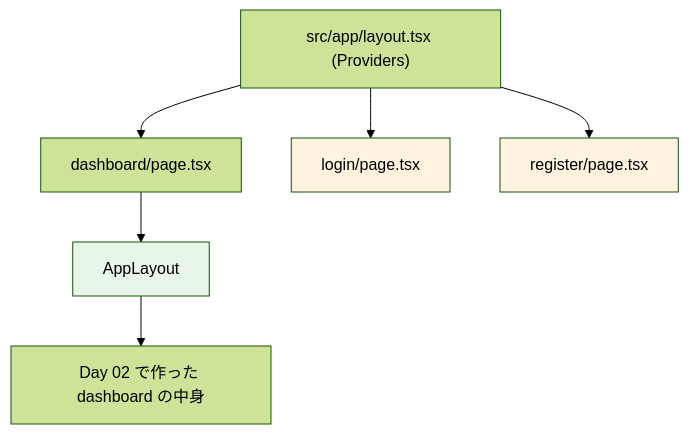
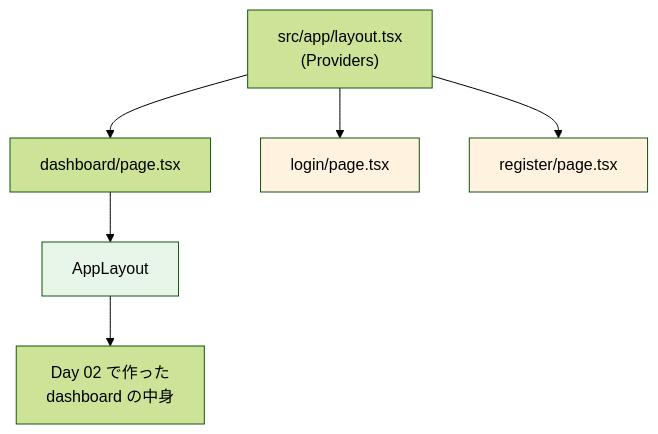
The fifth of 5 diagrams in material/30days-curriculum/day08_サイドバーを完成させよう.md (kouiso/task-app), drawn with Mermaid (forest theme) before and after one commit. The commit also changed other lines of this file and 24 other files, not shown here.

First line of the commit message:
fix(material): Mermaid 図のファイル名キャプションとノード途中折れを直す (#457) (#718)

````diff
--- a/material/30days-curriculum/day08_サイドバーを完成させよう.md
+++ b/material/30days-curriculum/day08_サイドバーを完成させよう.md
@@ -612,12 +612,12 @@
 ```mermaid
 flowchart TD
-    A["src/app/layout.tsx (Providers)"] --> B["dashboard/page.tsx"]
+    A["src/app/layout.tsx<br/>(Providers)"] --> B["dashboard/page.tsx"]
     A --> C["login/page.tsx"]
     A --> D["register/page.tsx"]
     B --> E["AppLayout"]
-    E --> F["Day 02 で作った dashboard の中身"]
+    E --> F["Day 02 で作った<br/>dashboard の中身"]
 
     style E fill:#e8f5e9
     style C fill:#fff3e0
     style D fill:#fff3e0
 ```
````
